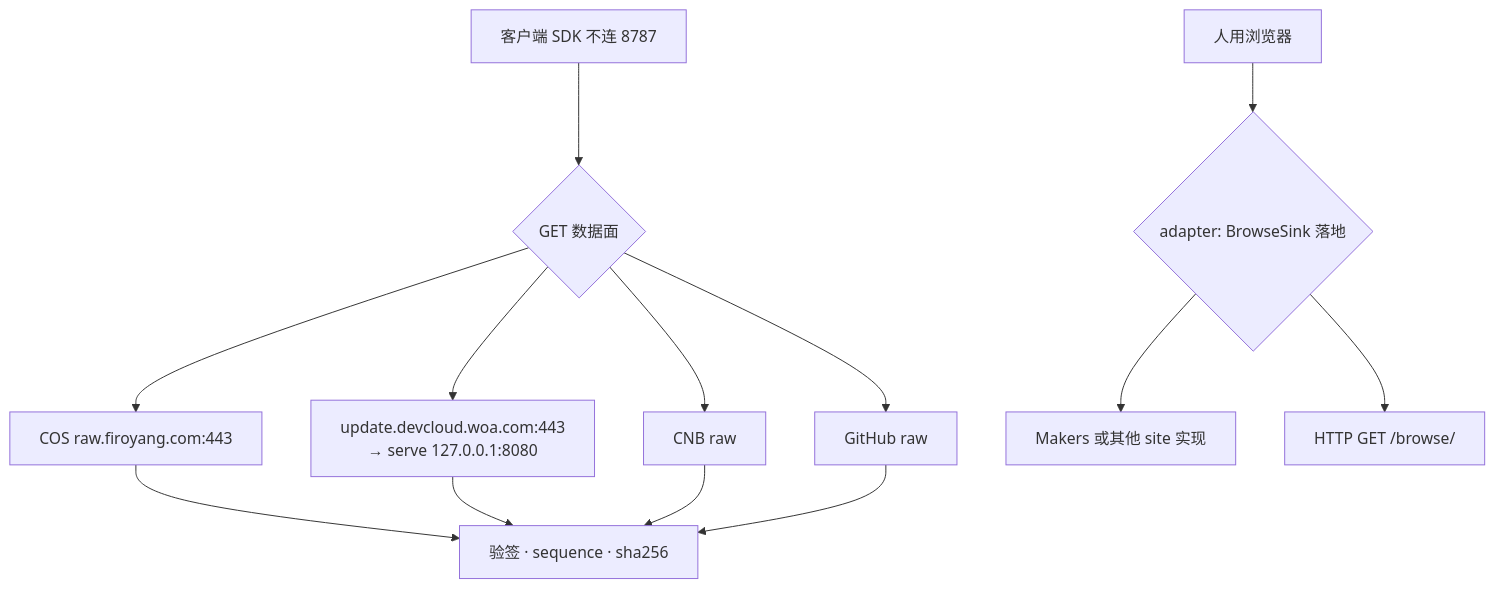
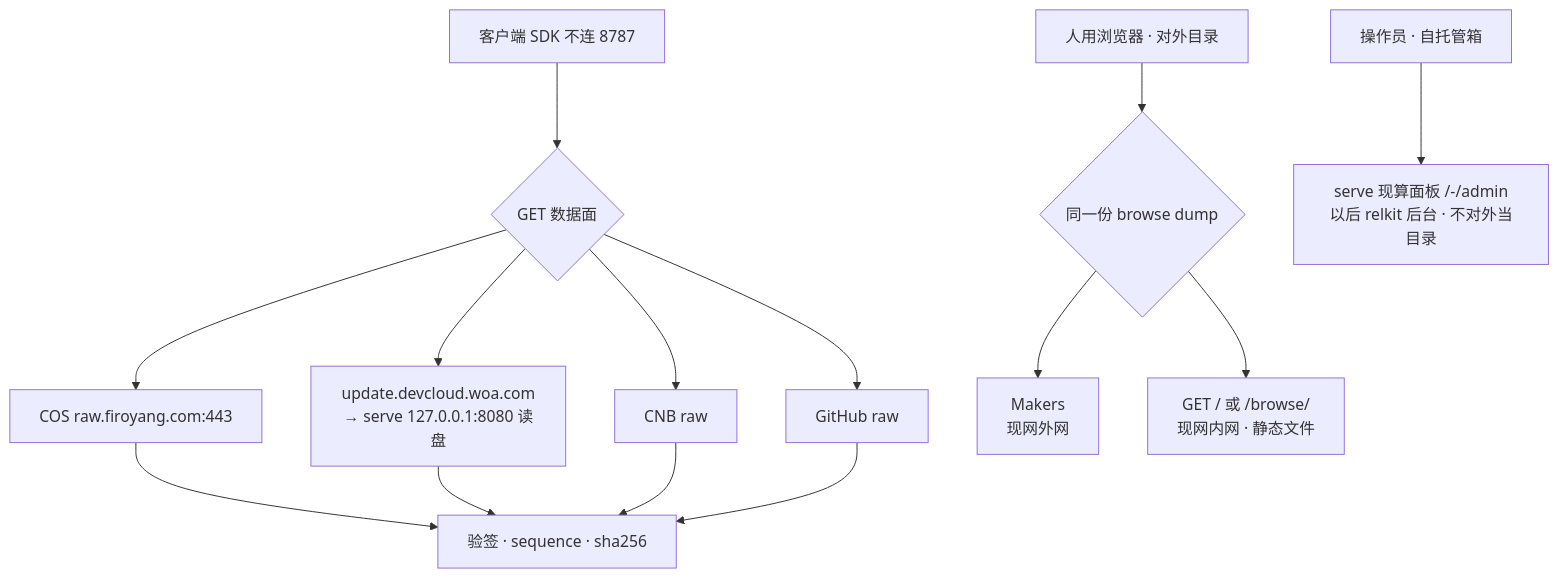
The second of 2 diagrams in docs/design/publish-topology.md (shichao402/relkit), drawn with Mermaid before and after one commit. The commit also changed other lines of this file and 6 other files, not shown here.

First line of the commit message:
feat: serve static browse at / and move the live portal to /-/admin

````diff
--- a/docs/design/publish-topology.md
+++ b/docs/design/publish-topology.md
@@ -84,16 +87,18 @@
 ```mermaid
 flowchart TB
   sdk["客户端 SDK 不连 8787"] --> get{"GET 数据面"}
   get --> cosGet["COS raw.firoyang.com:443"]
-  get --> woaGet["update.devcloud.woa.com:443<br/>→ serve 127.0.0.1:8080"]
+  get --> woaGet["update.devcloud.woa.com<br/>→ serve 127.0.0.1:8080 读盘"]
   get --> cnbGet["CNB raw"]
   get --> ghGet["GitHub raw"]
   cosGet --> verify["验签 · sequence · sha256"]
   woaGet --> verify
   cnbGet --> verify
   ghGet --> verify
 
-  human["人用浏览器"] --> site{"adapter: BrowseSink 落地"}
-  site --> makersGet["Makers 或其他 site 实现"]
-  site --> pages["HTTP GET /browse/"]
+  human["人用浏览器 · 对外目录"] --> site{"同一份 browse dump"}
+  site --> makersGet["Makers<br/>现网外网"]
+  site --> pages["GET / 或 /browse/<br/>现网内网 · 静态文件"]
+
+  ops["操作员 · 自托管箱"] --> panel["serve 现算面板 /-/admin<br/>以后 relkit 后台 · 不对外当目录"]
 ```
````
